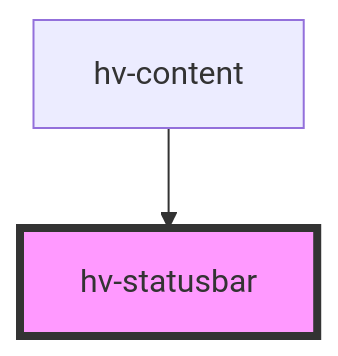
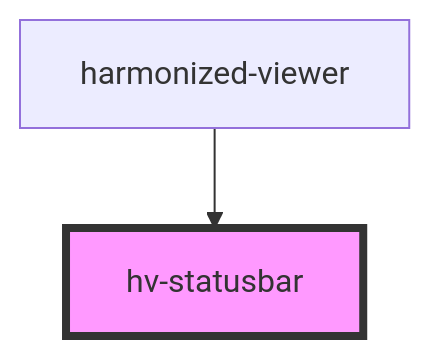
One commit to bac-lac/lac-harmonized-viewer changed the diagram in src/components/statusbar/readme.md. Above: the diagram before and after it, drawn with Mermaid. The commit also changed other lines of this file and 9 other files, not shown here.

````diff
--- a/src/components/statusbar/readme.md
+++ b/src/components/statusbar/readme.md
@@ -15,5 +15,5 @@
 ```mermaid
 graph TD;
-  hv-content --> hv-statusbar
+  harmonized-viewer --> hv-statusbar
   style hv-statusbar fill:#f9f,stroke:#333,stroke-width:4px
 ```
````
